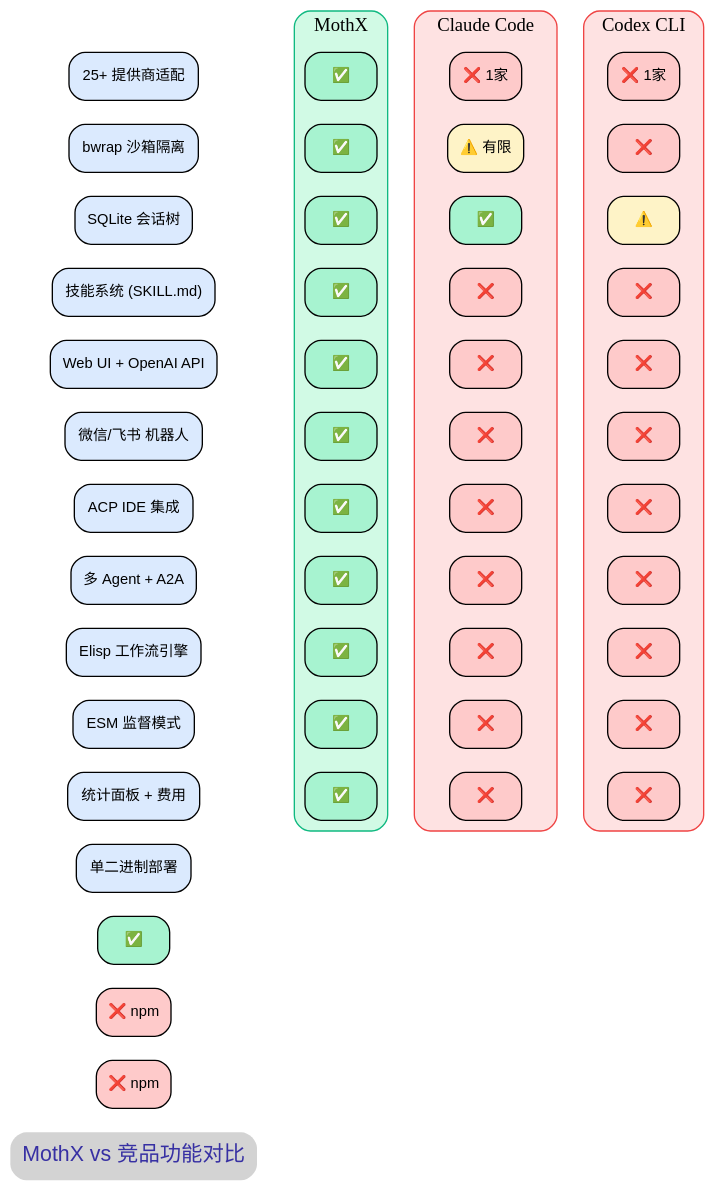
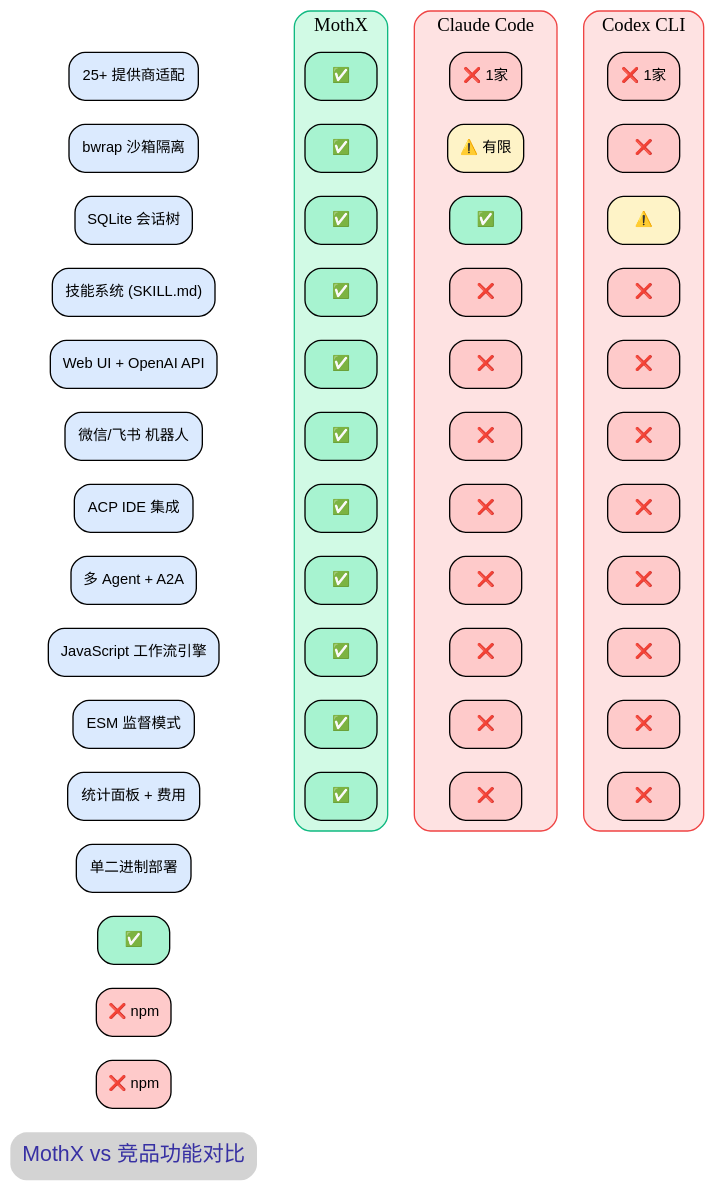
Before and after one commit to CodeYHJ/mothx: the diagram in docs/assets/dot/comparison-zh.dot, drawn with Graphviz. The commit also changed 48 other files, not shown here.

First line of the commit message:
refactor(workflow): migrate from Emacs Lisp to JavaScript

```diff
--- a/docs/assets/dot/comparison-zh.dot
+++ b/docs/assets/dot/comparison-zh.dot
@@ -1,107 +1,107 @@
 digraph FeatureComparison {
     rankdir=LR;
     bgcolor="transparent";
     node [shape=box, style="rounded,filled", fontname="Arial", fontsize=11, margin="0.12,0.06"];
     edge [style=invis];
 
     title [label="MothX vs 竞品功能对比", shape=plaintext, fontsize=16, fontcolor="#3730a3"];
 
     subgraph cluster_features {
         label="";
         style=invis;
 
         // Feature rows
         f1 [label="单二进制部署", fillcolor="#dbeafe"];
         f2 [label="25+ 提供商适配", fillcolor="#dbeafe"];
         f3 [label="bwrap 沙箱隔离", fillcolor="#dbeafe"];
         f4 [label="SQLite 会话树", fillcolor="#dbeafe"];
         f5 [label="技能系统 (SKILL.md)", fillcolor="#dbeafe"];
         f6 [label="Web UI + OpenAI API", fillcolor="#dbeafe"];
         f7 [label="微信/飞书 机器人", fillcolor="#dbeafe"];
         f8 [label="ACP IDE 集成", fillcolor="#dbeafe"];
         f9 [label="多 Agent + A2A", fillcolor="#dbeafe"];
-        f10 [label="Elisp 工作流引擎", fillcolor="#dbeafe"];
+        f10 [label="JavaScript 工作流引擎", fillcolor="#dbeafe"];
         f11 [label="ESM 监督模式", fillcolor="#dbeafe"];
         f12 [label="统计面板 + 费用", fillcolor="#dbeafe"];
     }
 
     // MothX column
     subgraph cluster_mothx {
         label="MothX";
         style="rounded,filled";
         fillcolor="#d1fae5";
         color="#10b981";
         fontsize=14;
         m1 [label="✅", fillcolor="#a7f3d0"];
         m2 [label="✅", fillcolor="#a7f3d0"];
         m3 [label="✅", fillcolor="#a7f3d0"];
         m4 [label="✅", fillcolor="#a7f3d0"];
         m5 [label="✅", fillcolor="#a7f3d0"];
         m6 [label="✅", fillcolor="#a7f3d0"];
         m7 [label="✅", fillcolor="#a7f3d0"];
         m8 [label="✅", fillcolor="#a7f3d0"];
         m9 [label="✅", fillcolor="#a7f3d0"];
         m10 [label="✅", fillcolor="#a7f3d0"];
         m11 [label="✅", fillcolor="#a7f3d0"];
         m12 [label="✅", fillcolor="#a7f3d0"];
     }
 
     // Claude Code column
     subgraph cluster_cc {
         label="Claude Code";
         style="rounded,filled";
         fillcolor="#fee2e2";
         color="#ef4444";
         fontsize=14;
         c1 [label="❌ npm", fillcolor="#fecaca"];
         c2 [label="❌ 1家", fillcolor="#fecaca"];
         c3 [label="⚠️ 有限", fillcolor="#fef3c7"];
         c4 [label="✅", fillcolor="#a7f3d0"];
         c5 [label="❌", fillcolor="#fecaca"];
         c6 [label="❌", fillcolor="#fecaca"];
         c7 [label="❌", fillcolor="#fecaca"];
         c8 [label="❌", fillcolor="#fecaca"];
         c9 [label="❌", fillcolor="#fecaca"];
         c10 [label="❌", fillcolor="#fecaca"];
         c11 [label="❌", fillcolor="#fecaca"];
         c12 [label="❌", fillcolor="#fecaca"];
     }
 
     // Codex column
     subgraph cluster_codex {
         label="Codex CLI";
         style="rounded,filled";
         fillcolor="#fee2e2";
         color="#ef4444";
         fontsize=14;
         x1 [label="❌ npm", fillcolor="#fecaca"];
         x2 [label="❌ 1家", fillcolor="#fecaca"];
         x3 [label="❌", fillcolor="#fecaca"];
         x4 [label="⚠️", fillcolor="#fef3c7"];
         x5 [label="❌", fillcolor="#fecaca"];
         x6 [label="❌", fillcolor="#fecaca"];
         x7 [label="❌", fillcolor="#fecaca"];
         x8 [label="❌", fillcolor="#fecaca"];
         x9 [label="❌", fillcolor="#fecaca"];
         x10 [label="❌", fillcolor="#fecaca"];
         x11 [label="❌", fillcolor="#fecaca"];
         x12 [label="❌", fillcolor="#fecaca"];
     }
 
     // Align rows
     f1 -> m1 -> c1 -> x1;
     f2 -> m2 -> c2 -> x2;
     f3 -> m3 -> c3 -> x3;
     f4 -> m4 -> c4 -> x4;
     f5 -> m5 -> c5 -> x5;
     f6 -> m6 -> c6 -> x6;
     f7 -> m7 -> c7 -> x7;
     f8 -> m8 -> c8 -> x8;
     f9 -> m9 -> c9 -> x9;
     f10 -> m10 -> c10 -> x10;
     f11 -> m11 -> c11 -> x11;
     f12 -> m12 -> c12 -> x12;
 
     {rank=same; title;}
     {rank=same; f1; m1; c1; x1;}
 }
```
